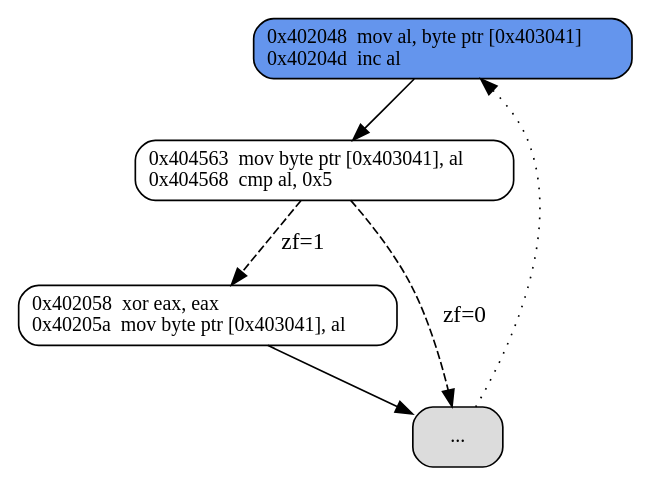
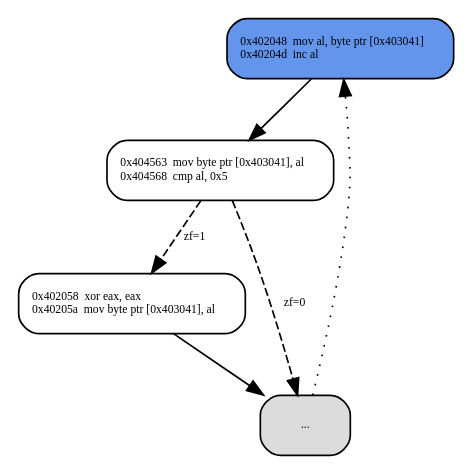
One commit to tathanhdinh/write-ups changed the diagram in F4b_XOR_W4kfu_GreHack2015_part2/images/f4b_vm_time_slice.dot. Above: the diagram before and after it, drawn with Graphviz. The commit also changed 10 other files, not shown here.

```diff
--- a/F4b_XOR_W4kfu_GreHack2015_part2/images/f4b_vm_time_slice.dot
+++ b/F4b_XOR_W4kfu_GreHack2015_part2/images/f4b_vm_time_slice.dot
@@ -1,31 +1,31 @@
 digraph G {
   0 [
     fontname="Source Code Pro",
-    fontsize=12, shape=box, style="rounded,filled", fillcolor=cornflowerblue,
+    fontsize=7, shape=box, style="rounded,filled", fillcolor=cornflowerblue,
     label="0x402048  mov al, byte ptr [0x403041]\l0x40204d  inc al\l"
   ];
 
   1 [
     fontname="Source Code Pro",
-    fontsize=12, shape=box, style=rounded,
+    fontsize=7, shape=box, style=rounded,
     label="0x404563  mov byte ptr [0x403041], al\l0x404568  cmp al, 0x5\l"
   ];
 
   2 [
     fontname="Source Code Pro",
-    fontsize=12, shape=box, style=rounded,
+    fontsize=7, shape=box, style=rounded,
     label="0x402058  xor eax, eax\l0x40205a  mov byte ptr [0x403041], al\l"
   ];
 
   3 [
     fontname="Source Code Pro",
-    fontsize=12, shape=box, style="rounded,filled", fillcolor=gainsboro,
+    fontsize=7, shape=box, style="rounded,filled", fillcolor=gainsboro,
     label="..."
   ];
 
-  0 -> 1 [label="", style="solid"];
-  1 -> 2 [label="zf=1", style="dashed"];
-  1 -> 3 [label="zf=0", style="dashed"];
-  2 -> 3 [label="", style="solid"];
-  3 -> 0 [label="", style="dotted"];
+  0 -> 1 [fontsize=7, label="", style="solid"];
+  1 -> 2 [fontsize=7, label="zf=1", style="dashed"];
+  1 -> 3 [fontsize=7, label="zf=0", style="dashed"];
+  2 -> 3 [fontsize=7, label="", style="solid"];
+  3 -> 0 [fontsize=7, label="", style="dotted"];
 }
```
